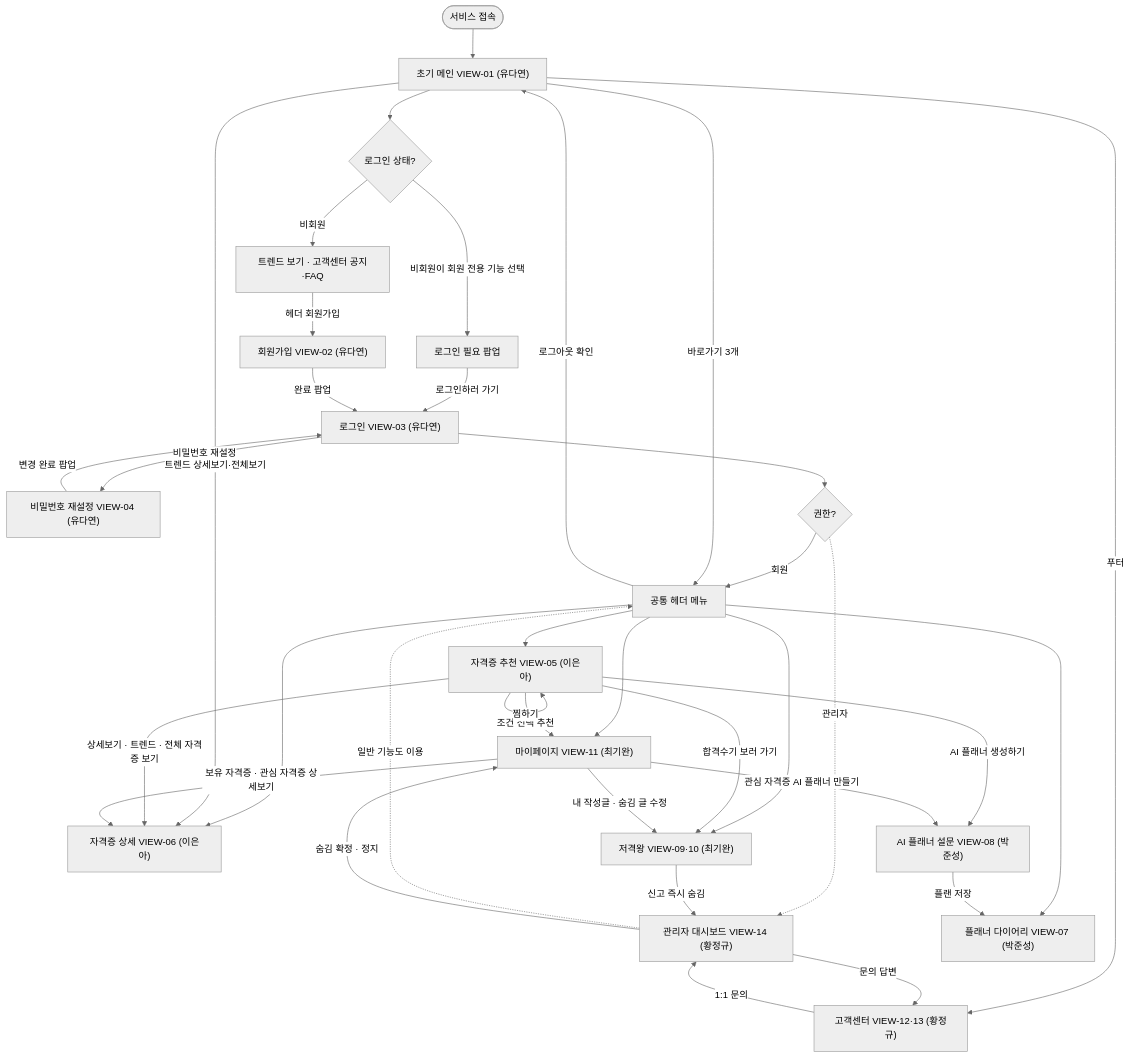
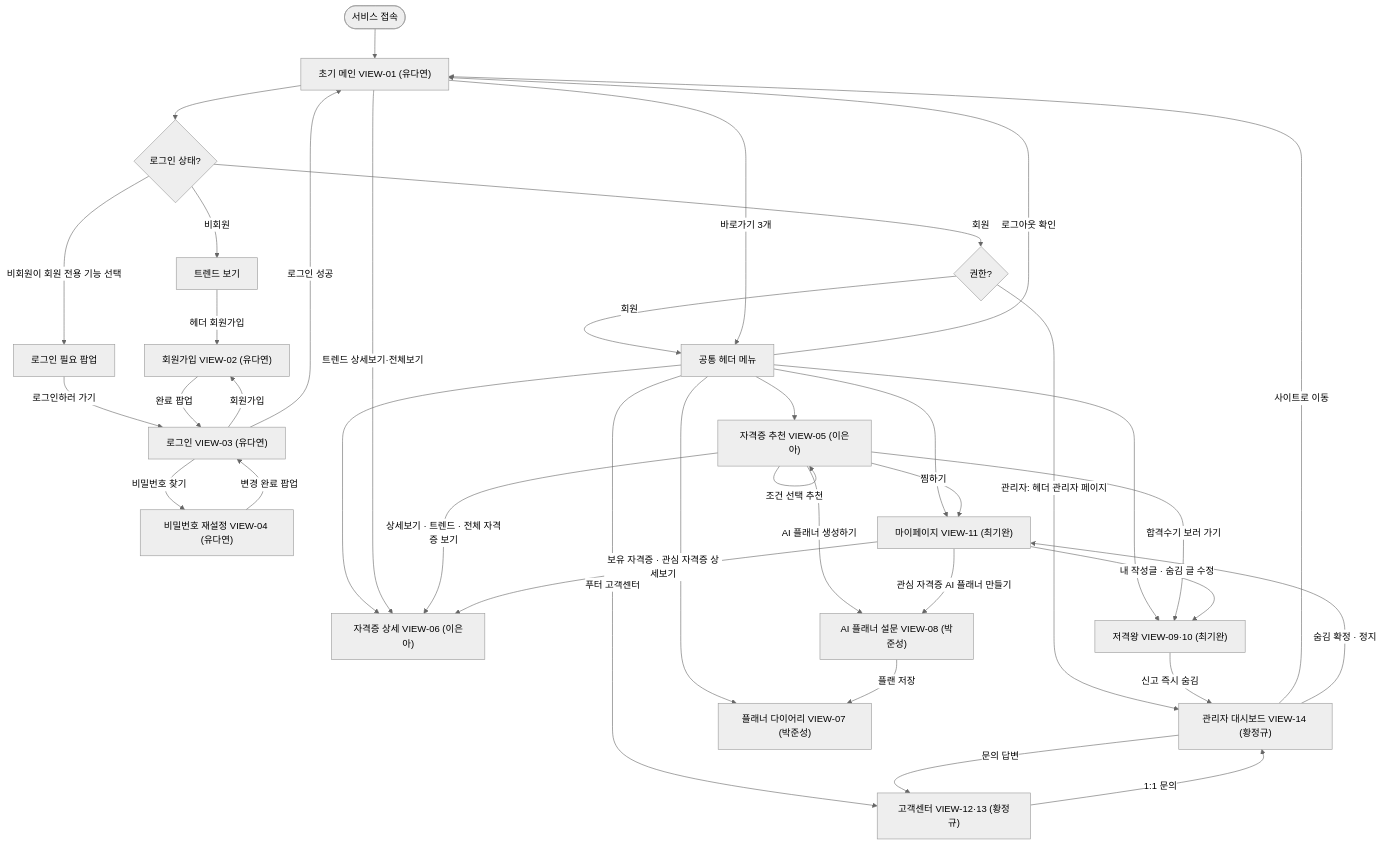
The first of 12 diagrams in docs/FLOWCHART.md (team-ap-cert-sniper/cert-sniper), drawn with Mermaid (neutral theme) before and after one commit. The commit also changed other lines of this file and 27 other files, not shown here.

Commit message:
chore: 백엔드 기반 추가, 관리자 계정 시드 추가, 관리자·고객센터·로그인 흐름 정리

````diff
--- a/docs/FLOWCHART.md
+++ b/docs/FLOWCHART.md
@@ -8,38 +8,40 @@
 ```mermaid
 flowchart TD
   S(["서비스 접속"]) --> M["초기 메인 VIEW-01 (유다연)"]
   M --> L{"로그인 상태?"}
-  L -->|비회원| G["트렌드 보기 · 고객센터 공지·FAQ"]
+  L -->|비회원| G["트렌드 보기"]
+  L -->|회원| R{"권한?"}
   L -->|비회원이 회원 전용 기능 선택| P["로그인 필요 팝업"]
   P -->|로그인하러 가기| LOGIN["로그인 VIEW-03 (유다연)"]
   G -->|헤더 회원가입| SIGN["회원가입 VIEW-02 (유다연)"]
   SIGN -->|완료 팝업| LOGIN
-  LOGIN -->|비밀번호 재설정| PW["비밀번호 재설정 VIEW-04 (유다연)"]
+  LOGIN -->|비밀번호 찾기| PW["비밀번호 재설정 VIEW-04 (유다연)"]
+  LOGIN -->|회원가입| SIGN
   PW -->|변경 완료 팝업| LOGIN
-  LOGIN --> R{"권한?"}
+  LOGIN -->|로그인 성공| M
   R -->|회원| H["공통 헤더 메뉴"]
-  R -.->|관리자| ADM["관리자 대시보드 VIEW-14 (황정규)"]
-  ADM -.->|일반 기능도 이용| H
+  R -->|관리자: 헤더 관리자 페이지| ADM["관리자 대시보드 VIEW-14 (황정규)"]
+  ADM -->|사이트로 이동| M
   M -->|바로가기 3개| H
   H --> REC["자격증 추천 VIEW-05 (이은아)"]
   H --> DET["자격증 상세 VIEW-06 (이은아)"]
   H --> PLN["플래너 다이어리 VIEW-07 (박준성)"]
   H --> PS["저격왕 VIEW-09·10 (최기완)"]
   H --> MY["마이페이지 VIEW-11 (최기완)"]
-  M -->|푸터| CS["고객센터 VIEW-12·13 (황정규)"]
+  H -->|푸터 고객센터| CS["고객센터 VIEW-12·13 (황정규)"]
   H -->|로그아웃 확인| M
   M -->|트렌드 상세보기·전체보기| DET
   REC -->|조건 선택 추천| REC
   REC -->|상세보기 · 트렌드 · 전체 자격증 보기| DET
   REC -->|찜하기| MY
   REC -->|AI 플래너 생성하기| AI["AI 플래너 설문 VIEW-08 (박준성)"]
   REC -->|합격수기 보러 가기| PS
   MY -->|관심 자격증 AI 플래너 만들기| AI
   MY -->|보유 자격증 · 관심 자격증 상세보기| DET
   MY -->|내 작성글 · 숨김 글 수정| PS
   AI -->|플랜 저장| PLN
   PS -->|신고 즉시 숨김| ADM
   CS -->|1:1 문의| ADM
   ADM -->|문의 답변| CS
   ADM -->|숨김 확정 · 정지| MY
 ```
````
